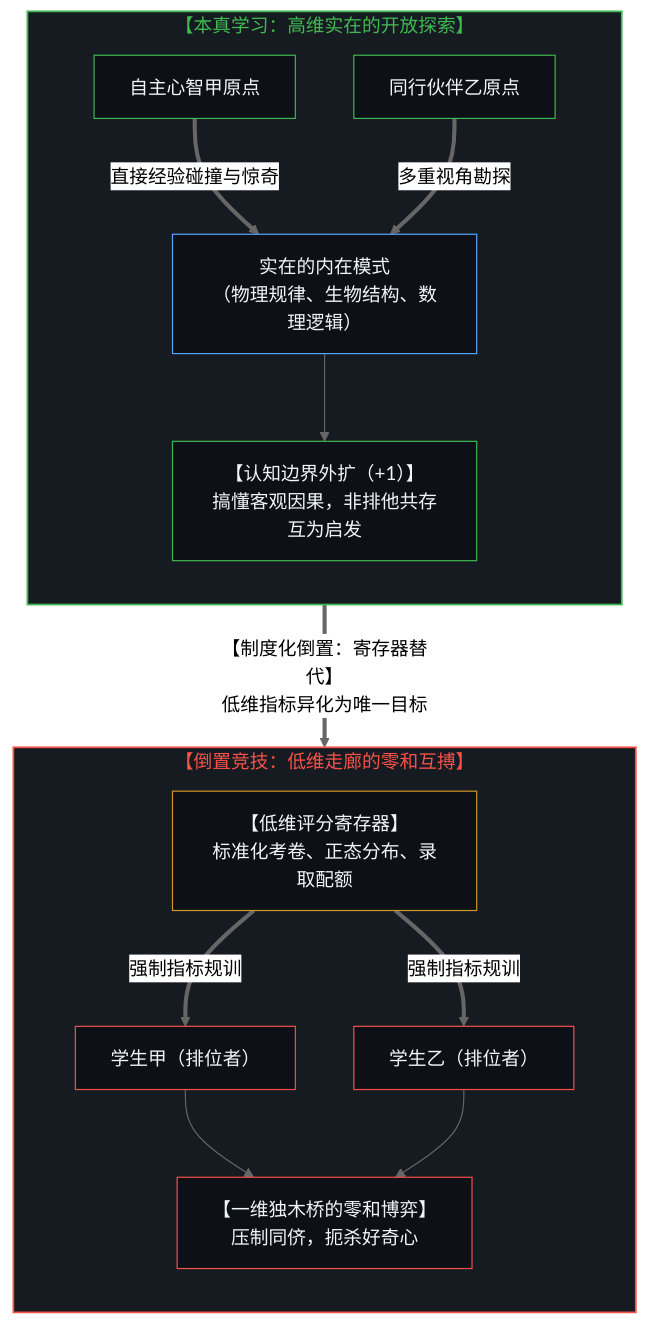
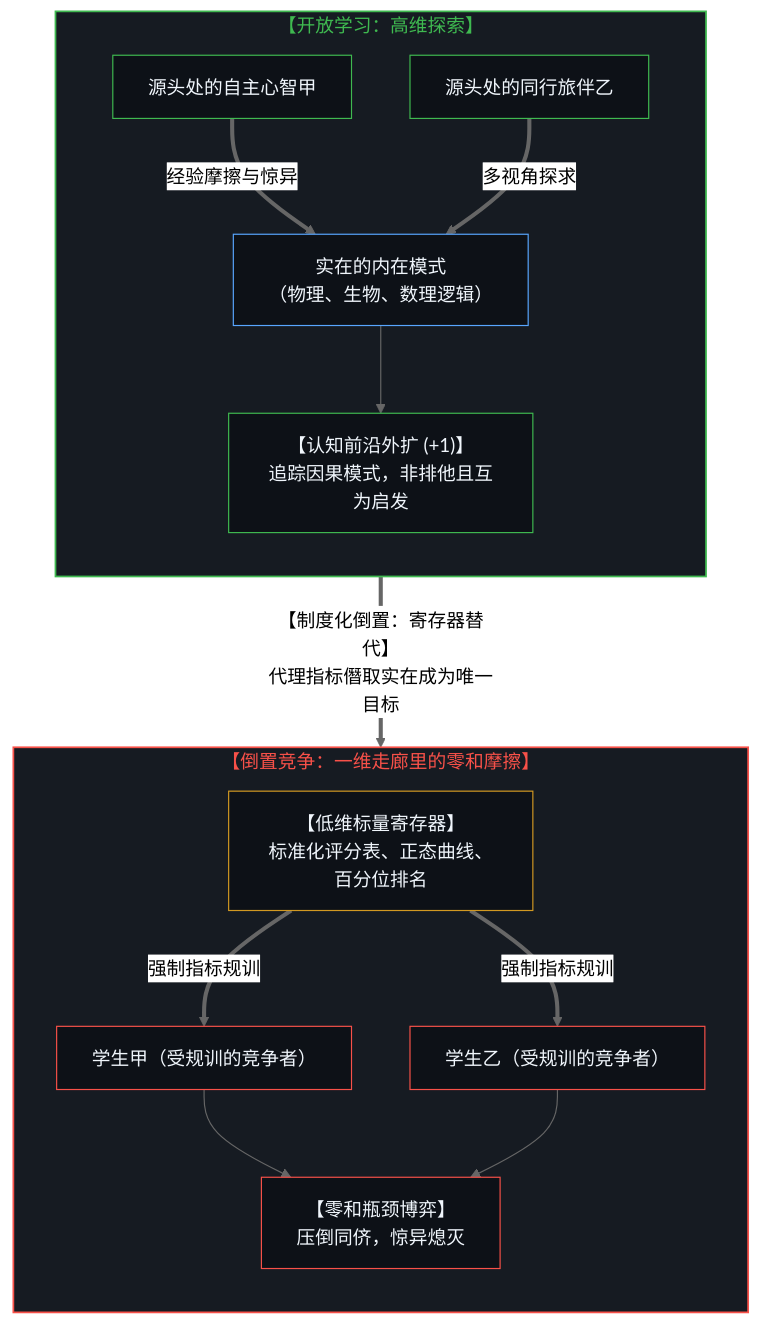
Before and after one commit to powerpig99/not-a-toe: the fifth of 10 diagrams in content/posts/the-reversal-of-education-and-science.md, drawn with Mermaid (neutral theme). The commit also changed other lines of this file and 2 other files, not shown here.

````diff
--- a/content/posts/the-reversal-of-education-and-science.md
+++ b/content/posts/the-reversal-of-education-and-science.md
@@ -215,40 +199,35 @@
 ```mermaid
 flowchart TD
-    subgraph S_Genuine["【本真学习：高维实在的开放探索】"]
+    subgraph S_Genuine["【开放学习：高维探索】"]
         direction TB
-        MindA["自主心智甲原点"]
-        MindB["同行伙伴乙原点"]
-        Patterns["实在的内在模式<br/>（物理规律、生物结构、数理逻辑）"]
-        Expansion["【认知边界外扩（+1）】<br/>搞懂客观因果，非排他共存互为启发"]
-
-        MindA ==>|"直接经验碰撞与惊奇"| Patterns
-        MindB ==>|"多重视角勘探"| Patterns
+        MindA["源头处的自主心智甲"]
+        MindB["源头处的同行旅伴乙"]
+        Patterns["实在的内在模式<br/>（物理、生物、数理逻辑）"]
+        Expansion["【认知前沿外扩 (+1)】<br/>追踪因果模式，非排他且互为启发"]
+        MindA ==>|"经验摩擦与惊异"| Patterns
+        MindB ==>|"多视角探求"| Patterns
         Patterns --> Expansion
     end
-
-    S_Genuine ==>|"【制度化倒置：寄存器替代】<br/>低维指标异化为唯一目标"| S_Arena
-
-    subgraph S_Arena["【倒置竞技：低维走廊的零和互搏】"]
+    S_Genuine ==>|"【制度化倒置：寄存器替代】<br/>代理指标僭取实在成为唯一目标"| S_Arena
+    subgraph S_Arena["【倒置竞争：一维走廊里的零和摩擦】"]
         direction TB
-        ExamRegister["【低维评分寄存器】<br/>标准化考卷、正态分布、录取配额"]
-        StudentA["学生甲（排位者）"]
-        StudentB["学生乙（排位者）"]
-        ZeroSumResult["【一维独木桥的零和博弈】<br/>压制同侪，扼杀好奇心"]
-
+        ExamRegister["【低维标量寄存器】<br/>标准化评分表、正态曲线、百分位排名"]
+        StudentA["学生甲（受规训的竞争者）"]
+        StudentB["学生乙（受规训的竞争者）"]
+        ZeroSumResult["【零和瓶颈博弈】<br/>压倒同侪，惊异熄灭"]
         ExamRegister ==>|"强制指标规训"| StudentA
         ExamRegister ==>|"强制指标规训"| StudentB
         StudentA --> ZeroSumResult
         StudentB --> ZeroSumResult
     end
-
     style S_Genuine fill:#161b22,stroke:#3fb950,stroke-width:1.5px,color:#3fb950
     style S_Arena fill:#161b22,stroke:#f85149,stroke-width:1.5px,color:#f85149
     style MindA fill:#0d1117,stroke:#3fb950,stroke-width:1px,color:#f0f6fc
     style MindB fill:#0d1117,stroke:#3fb950,stroke-width:1px,color:#f0f6fc
     style Patterns fill:#0d1117,stroke:#58a6ff,stroke-width:1px,color:#f0f6fc
     style Expansion fill:#0d1117,stroke:#3fb950,stroke-width:1px,color:#f0f6fc
     style ExamRegister fill:#0d1117,stroke:#d29922,stroke-width:1px,color:#f0f6fc
     style StudentA fill:#0d1117,stroke:#f85149,stroke-width:1px,color:#f0f6fc
     style StudentB fill:#0d1117,stroke:#f85149,stroke-width:1px,color:#f0f6fc
     style ZeroSumResult fill:#0d1117,stroke:#f85149,stroke-width:1px,color:#f0f6fc
 ```
````
